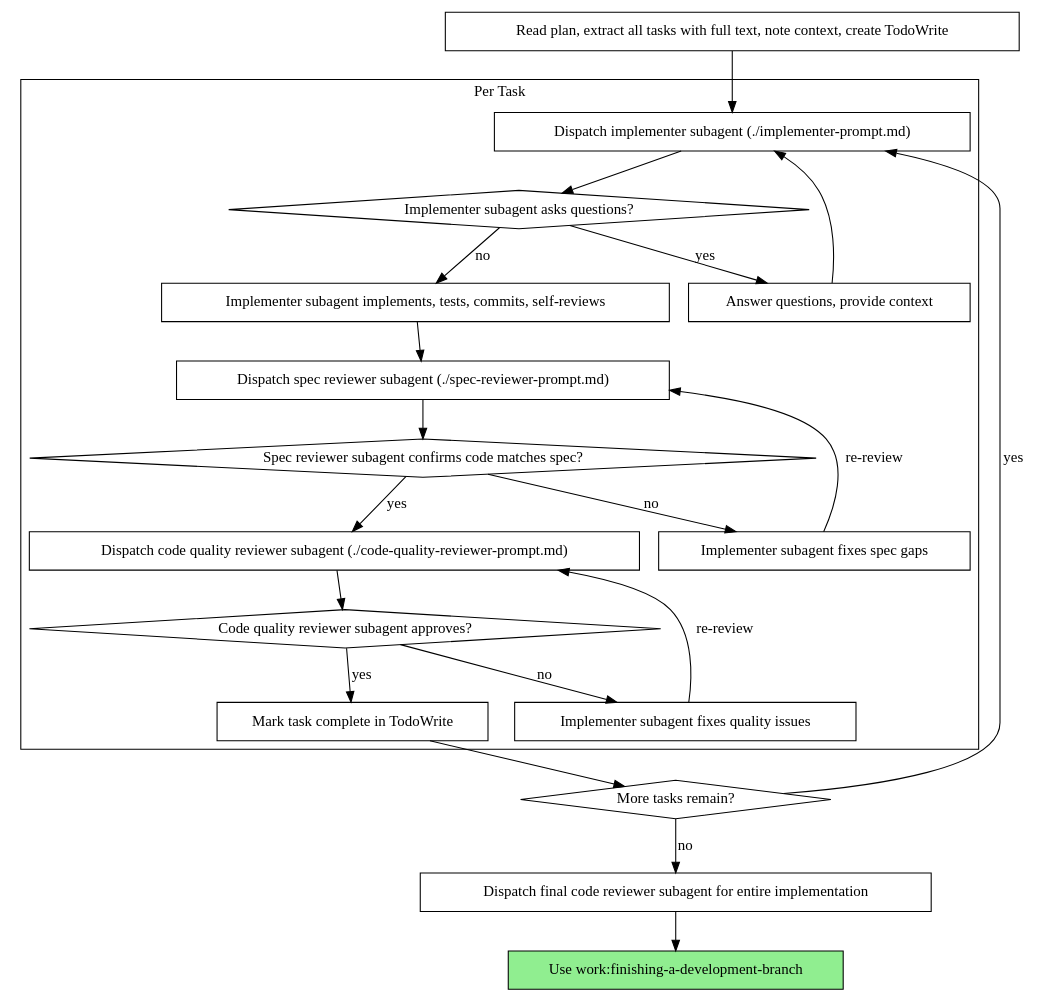
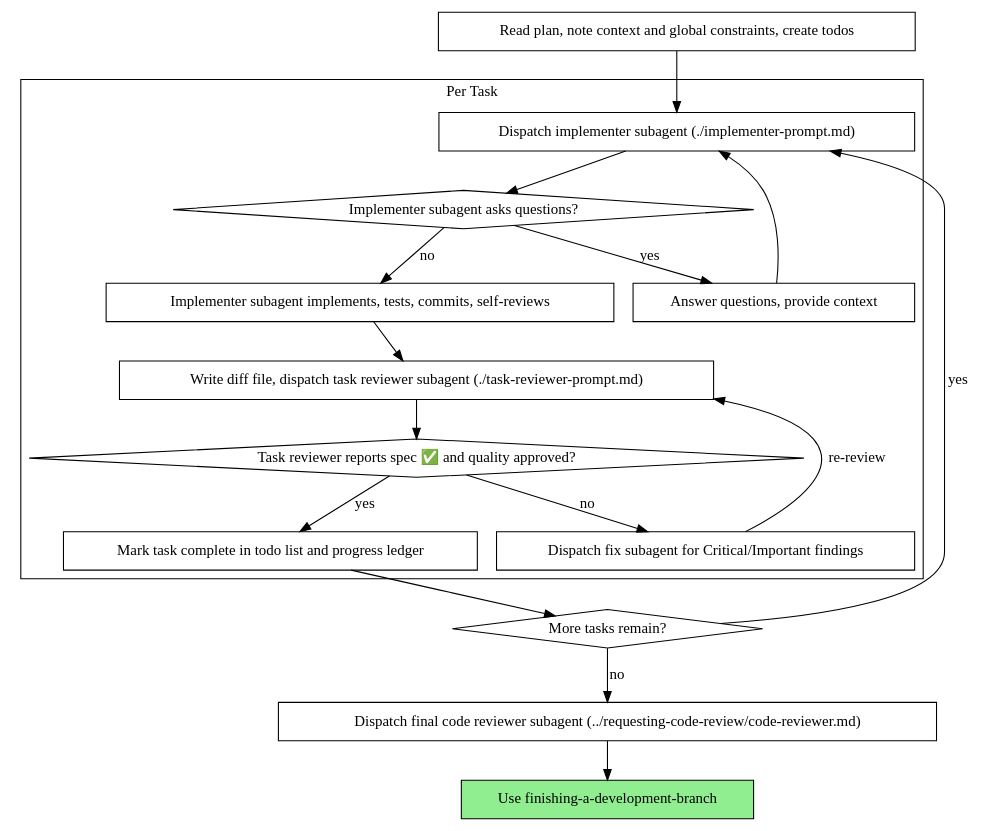
One commit to sodiumjoe/dotfiles changed the second of 2 diagrams in skills/subagent-driven-development/SKILL.md. Above: the diagram before and after it, drawn with Graphviz. The commit also changed other lines of this file and 38 other files, not shown here.

````diff
--- a/skills/subagent-driven-development/SKILL.md
+++ b/skills/subagent-driven-development/SKILL.md
@@ -44,44 +51,37 @@
 ```dot
 digraph process {
     rankdir=TB;
 
     subgraph cluster_per_task {
         label="Per Task";
         "Dispatch implementer subagent (./implementer-prompt.md)" [shape=box];
         "Implementer subagent asks questions?" [shape=diamond];
         "Answer questions, provide context" [shape=box];
         "Implementer subagent implements, tests, commits, self-reviews" [shape=box];
-        "Dispatch spec reviewer subagent (./spec-reviewer-prompt.md)" [shape=box];
-        "Spec reviewer subagent confirms code matches spec?" [shape=diamond];
-        "Implementer subagent fixes spec gaps" [shape=box];
-        "Dispatch code quality reviewer subagent (./code-quality-reviewer-prompt.md)" [shape=box];
-        "Code quality reviewer subagent approves?" [shape=diamond];
-        "Implementer subagent fixes quality issues" [shape=box];
-        "Mark task complete in TodoWrite" [shape=box];
+        "Write diff file, dispatch task reviewer subagent (./task-reviewer-prompt.md)" [shape=box];
+        "Task reviewer reports spec ✅ and quality approved?" [shape=diamond];
+        "Dispatch fix subagent for Critical/Important findings" [shape=box];
+        "Mark task complete in todo list and progress ledger" [shape=box];
     }
 
-    "Read plan, extract all tasks with full text, note context, create TodoWrite" [shape=box];
+    "Read plan, note context and global constraints, create todos" [shape=box];
     "More tasks remain?" [shape=diamond];
-    "Dispatch final code reviewer subagent for entire implementation" [shape=box];
-    "Use work:finishing-a-development-branch" [shape=box style=filled fillcolor=lightgreen];
+    "Dispatch final code reviewer subagent (../requesting-code-review/code-reviewer.md)" [shape=box];
+    "Use finishing-a-development-branch" [shape=box style=filled fillcolor=lightgreen];
 
-    "Read plan, extract all tasks with full text, note context, create TodoWrite" -> "Dispatch implementer subagent (./implementer-prompt.md)";
+    "Read plan, note context and global constraints, create todos" -> "Dispatch implementer subagent (./implementer-prompt.md)";
     "Dispatch implementer subagent (./implementer-prompt.md)" -> "Implementer subagent asks questions?";
     "Implementer subagent asks questions?" -> "Answer questions, provide context" [label="yes"];
     "Answer questions, provide context" -> "Dispatch implementer subagent (./implementer-prompt.md)";
     "Implementer subagent asks questions?" -> "Implementer subagent implements, tests, commits, self-reviews" [label="no"];
-    "Implementer subagent implements, tests, commits, self-reviews" -> "Dispatch spec reviewer subagent (./spec-reviewer-prompt.md)";
-    "Dispatch spec reviewer subagent (./spec-reviewer-prompt.md)" -> "Spec reviewer subagent confirms code matches spec?";
-    "Spec reviewer subagent confirms code matches spec?" -> "Implementer subagent fixes spec gaps" [label="no"];
-    "Implementer subagent fixes spec gaps" -> "Dispatch spec reviewer subagent (./spec-reviewer-prompt.md)" [label="re-review"];
-    "Spec reviewer subagent confirms code matches spec?" -> "Dispatch code quality reviewer subagent (./code-quality-reviewer-prompt.md)" [label="yes"];
-    "Dispatch code quality reviewer subagent (./code-quality-reviewer-prompt.md)" -> "Code quality reviewer subagent approves?";
-    "Code quality reviewer subagent approves?" -> "Implementer subagent fixes quality issues" [label="no"];
-    "Implementer subagent fixes quality issues" -> "Dispatch code quality reviewer subagent (./code-quality-reviewer-prompt.md)" [label="re-review"];
-    "Code quality reviewer subagent approves?" -> "Mark task complete in TodoWrite" [label="yes"];
-    "Mark task complete in TodoWrite" -> "More tasks remain?";
+    "Implementer subagent implements, tests, commits, self-reviews" -> "Write diff file, dispatch task reviewer subagent (./task-reviewer-prompt.md)";
+    "Write diff file, dispatch task reviewer subagent (./task-reviewer-prompt.md)" -> "Task reviewer reports spec ✅ and quality approved?";
+    "Task reviewer reports spec ✅ and quality approved?" -> "Dispatch fix subagent for Critical/Important findings" [label="no"];
+    "Dispatch fix subagent for Critical/Important findings" -> "Write diff file, dispatch task reviewer subagent (./task-reviewer-prompt.md)" [label="re-review"];
+    "Task reviewer reports spec ✅ and quality approved?" -> "Mark task complete in todo list and progress ledger" [label="yes"];
+    "Mark task complete in todo list and progress ledger" -> "More tasks remain?";
     "More tasks remain?" -> "Dispatch implementer subagent (./implementer-prompt.md)" [label="yes"];
-    "More tasks remain?" -> "Dispatch final code reviewer subagent for entire implementation" [label="no"];
-    "Dispatch final code reviewer subagent for entire implementation" -> "Use work:finishing-a-development-branch";
+    "More tasks remain?" -> "Dispatch final code reviewer subagent (../requesting-code-review/code-reviewer.md)" [label="no"];
+    "Dispatch final code reviewer subagent (../requesting-code-review/code-reviewer.md)" -> "Use finishing-a-development-branch";
 }
 ```
````
